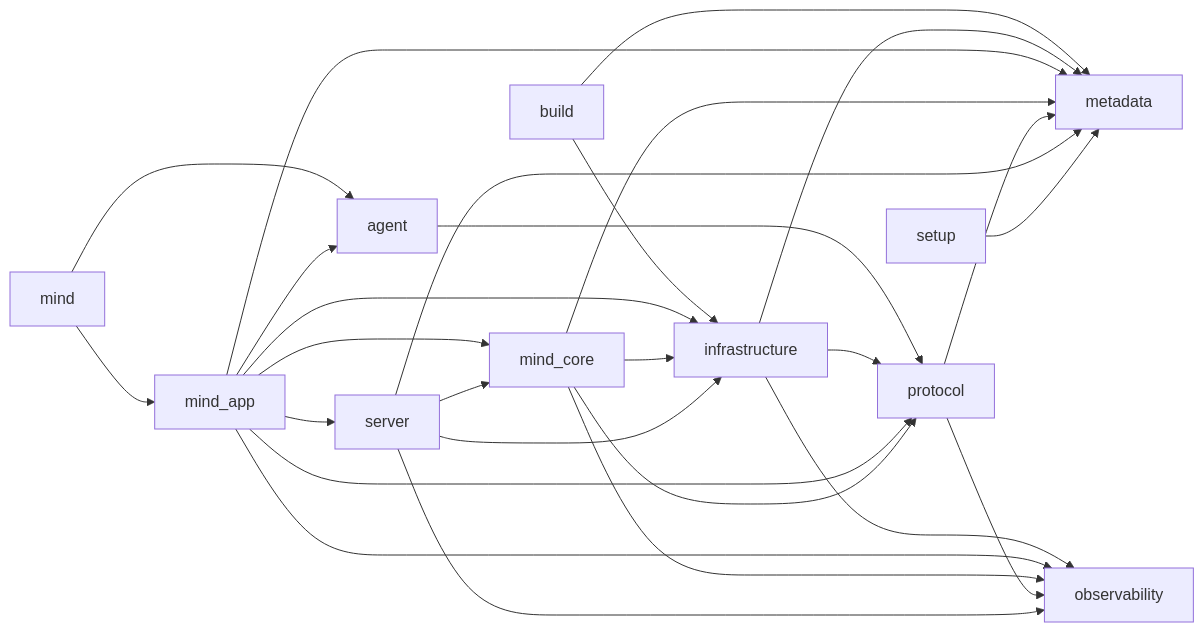
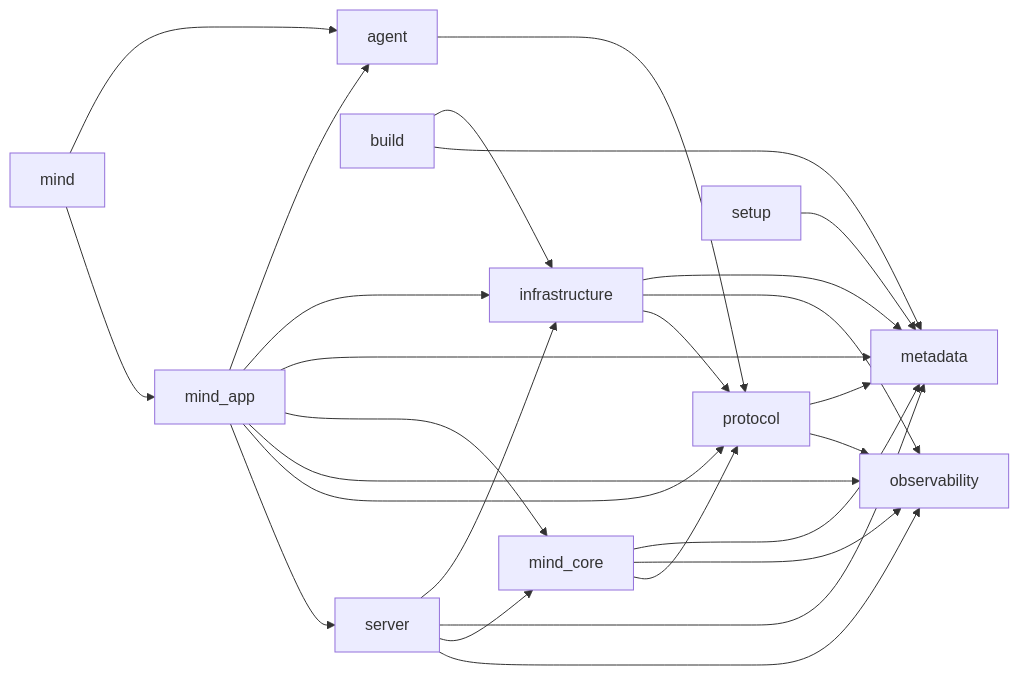
The diagram in AGENT_RUNTIME_IMPORT_GRAPH.md (AxionixLabs/ProxyMind), drawn with Mermaid before and after one commit. The commit also changed other lines of this file and 5 other files, not shown here.

````diff
--- a/AGENT_RUNTIME_IMPORT_GRAPH.md
+++ b/AGENT_RUNTIME_IMPORT_GRAPH.md
@@ -15,29 +15,28 @@
 ```mermaid
 flowchart LR
     agent --> protocol
     build --> infrastructure
     build --> metadata
     infrastructure --> metadata
     infrastructure --> observability
     infrastructure --> protocol
     mind --> agent
     mind --> mind_app
     mind_app --> agent
     mind_app --> infrastructure
     mind_app --> metadata
     mind_app --> mind_core
     mind_app --> observability
     mind_app --> protocol
     mind_app --> server
-    mind_core --> infrastructure
     mind_core --> metadata
     mind_core --> observability
     mind_core --> protocol
     protocol --> metadata
     protocol --> observability
     server --> infrastructure
     server --> metadata
     server --> mind_core
     server --> observability
     setup --> metadata
 ```
````
